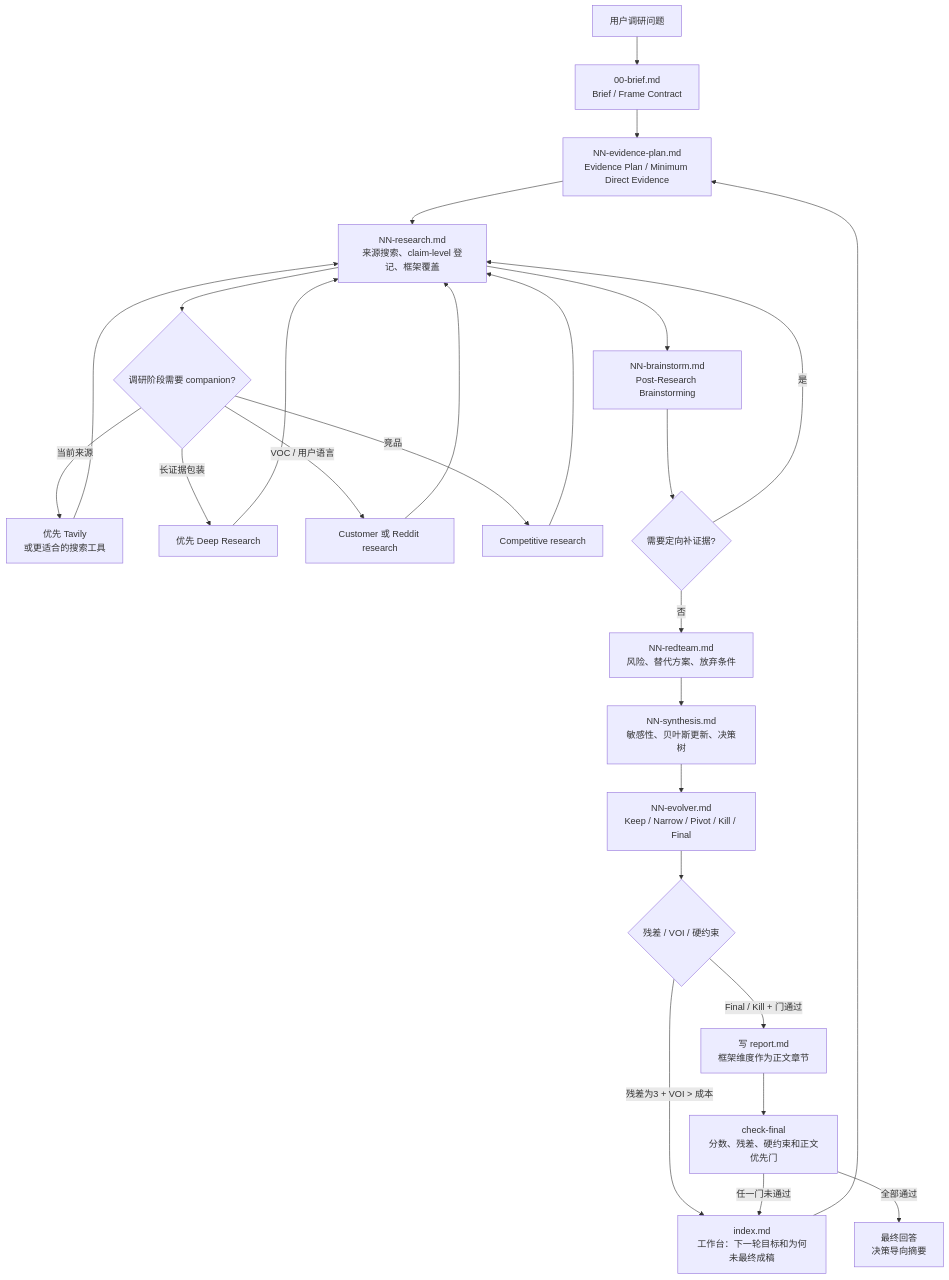
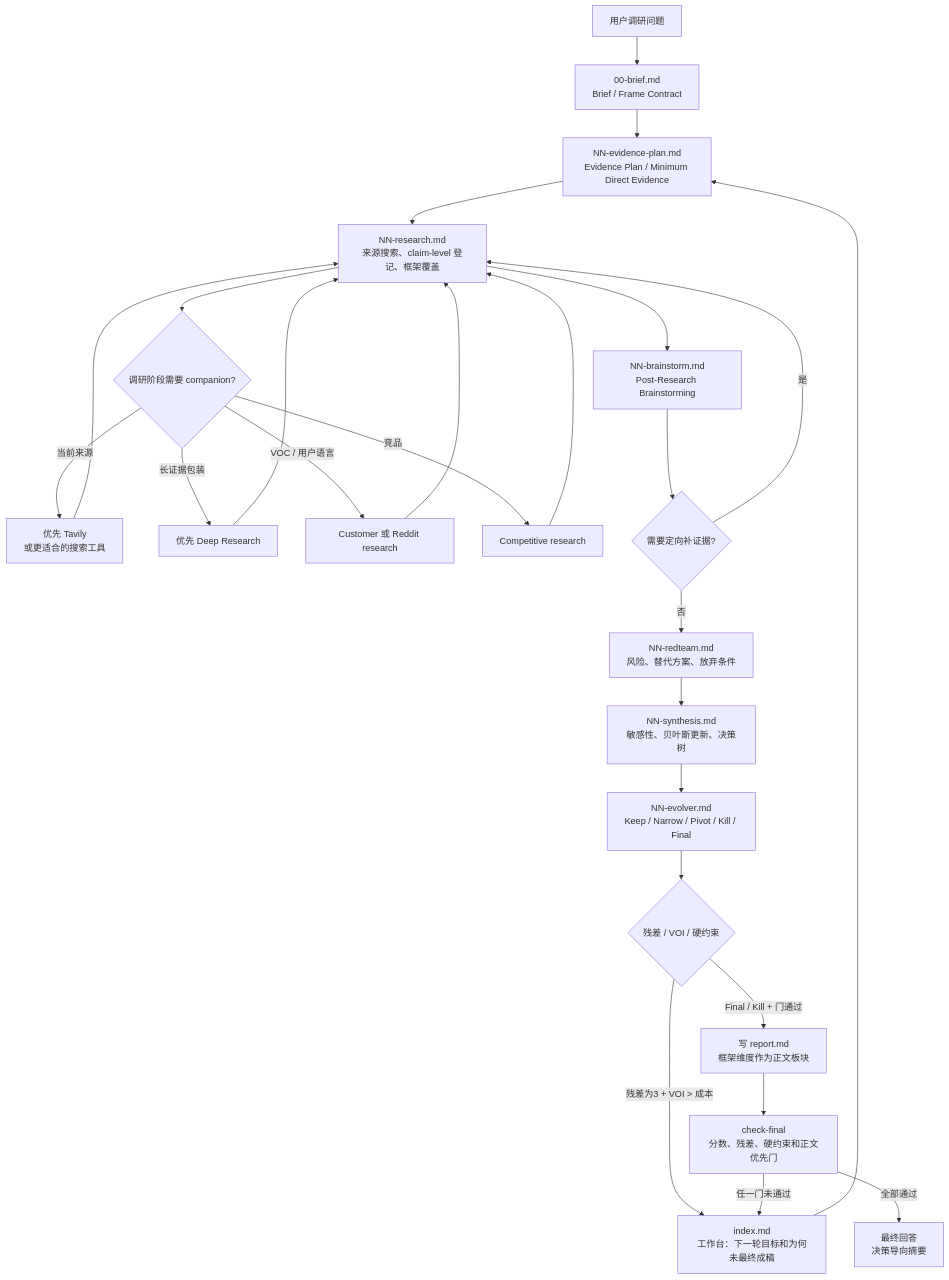
One commit to GoatGit/super-survey changed the diagram in README.zh-CN.md. Above: the diagram before and after it, drawn with Mermaid. The commit also changed other lines of this file and 7 other files, not shown here.

````diff
--- a/README.zh-CN.md
+++ b/README.zh-CN.md
@@ -248,28 +250,28 @@
 ```mermaid
 flowchart TD
     A[用户调研问题] --> B[00-brief.md<br/>Brief / Frame Contract]
     B --> P[NN-evidence-plan.md<br/>Evidence Plan / Minimum Direct Evidence]
     P --> C[NN-research.md<br/>来源搜索、claim-level 登记、框架覆盖]
     C --> D{调研阶段需要 companion?}
     D -->|当前来源| D1[优先 Tavily<br/>或更适合的搜索工具]
     D -->|长证据包装| D2[优先 Deep Research]
     D -->|VOC / 用户语言| D3[Customer 或 Reddit research]
     D -->|竞品| D4[Competitive research]
     D1 --> C
     D2 --> C
     D3 --> C
     D4 --> C
     C --> E[NN-brainstorm.md<br/>Post-Research Brainstorming]
     E --> X{需要定向补证据?}
     X -->|是| C
     X -->|否| F[NN-redteam.md<br/>风险、替代方案、放弃条件]
     F --> G[NN-synthesis.md<br/>敏感性、贝叶斯更新、决策树]
     G --> H[NN-evolver.md<br/>Keep / Narrow / Pivot / Kill / Final]
     H --> V{残差 / VOI / 硬约束}
     V -->|残差为3 + VOI > 成本| I[index.md<br/>工作台：下一轮目标和为何未最终成稿]
     I --> P
-    V -->|Final / Kill + 门通过| J[写 report.md<br/>框架维度作为正文章节]
+    V -->|Final / Kill + 门通过| J[写 report.md<br/>框架维度作为正文板块]
     J --> R[check-final<br/>分数、残差、硬约束和正文优先门]
     R -->|任一门未通过| I
     R -->|全部通过| K[最终回答<br/>决策导向摘要]
 ```
````
